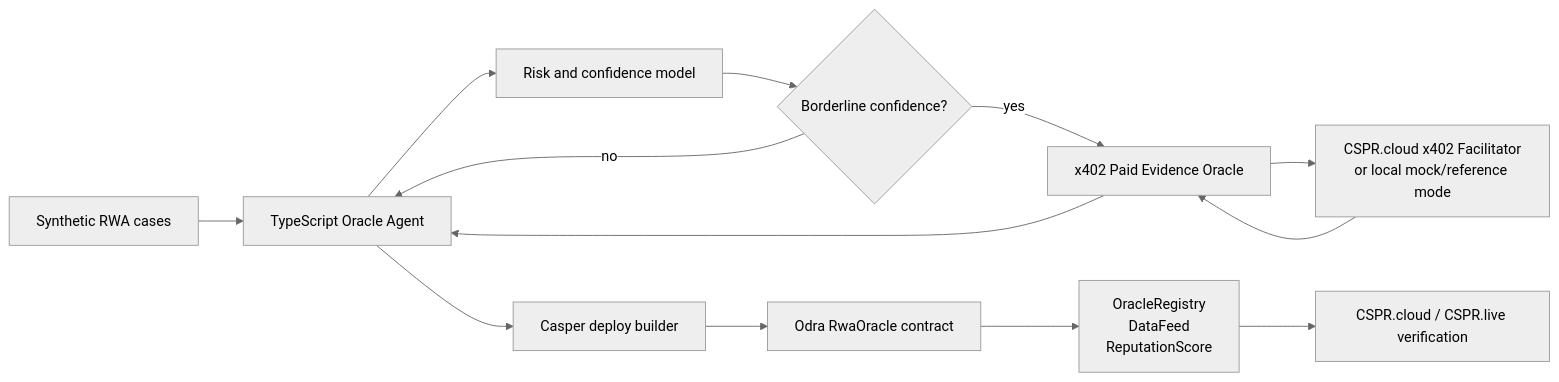
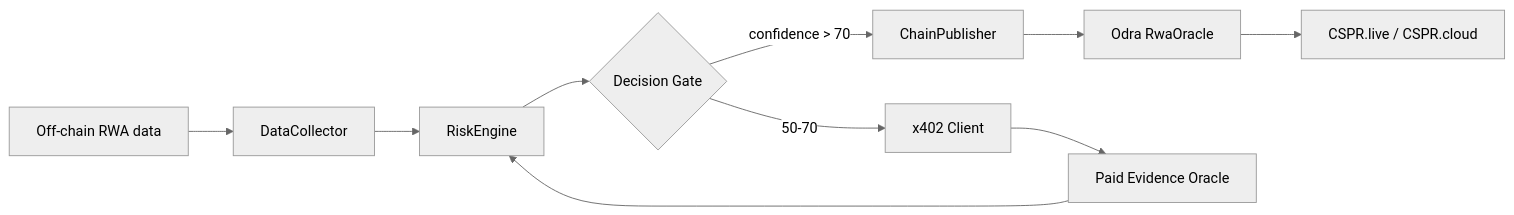
One commit to wangyichang-studo/casper-rwa-oracle-agent changed the second of 2 diagrams in README.md. Above: the diagram before and after it, drawn with Mermaid (neutral theme). The commit also changed other lines of this file and 35 other files, not shown here.

````diff
--- a/README.md
+++ b/README.md
@@ -13,15 +80,12 @@
 ```mermaid
 flowchart LR
-  Cases["Synthetic RWA cases"] --> Agent["TypeScript Oracle Agent"]
-  Agent --> Risk["Risk and confidence model"]
-  Risk --> X402{"Borderline confidence?"}
-  X402 -->|"yes"| Oracle["x402 Paid Evidence Oracle"]
-  Oracle --> Facilitator["CSPR.cloud x402 Facilitator<br/>or local mock/reference mode"]
-  Facilitator --> Oracle
-  Oracle --> Agent
-  X402 -->|"no"| Agent
-  Agent --> Publisher["Casper deploy builder"]
-  Publisher --> Contract["Odra RwaOracle contract"]
-  Contract --> State["OracleRegistry<br/>DataFeed<br/>ReputationScore"]
-  State --> Explorer["CSPR.cloud / CSPR.live verification"]
+  Cases["Off-chain RWA data"] --> Collector["DataCollector"]
+  Collector --> Risk["RiskEngine"]
+  Risk --> Gate{"Decision Gate"}
+  Gate -->|"confidence > 70"| Publisher["ChainPublisher"]
+  Gate -->|"50-70"| X402["x402 Client"]
+  X402 --> Oracle["Paid Evidence Oracle"]
+  Oracle --> Risk
+  Publisher --> Contract["Odra RwaOracle"]
+  Contract --> Explorer["CSPR.live / CSPR.cloud"]
 ```
````
